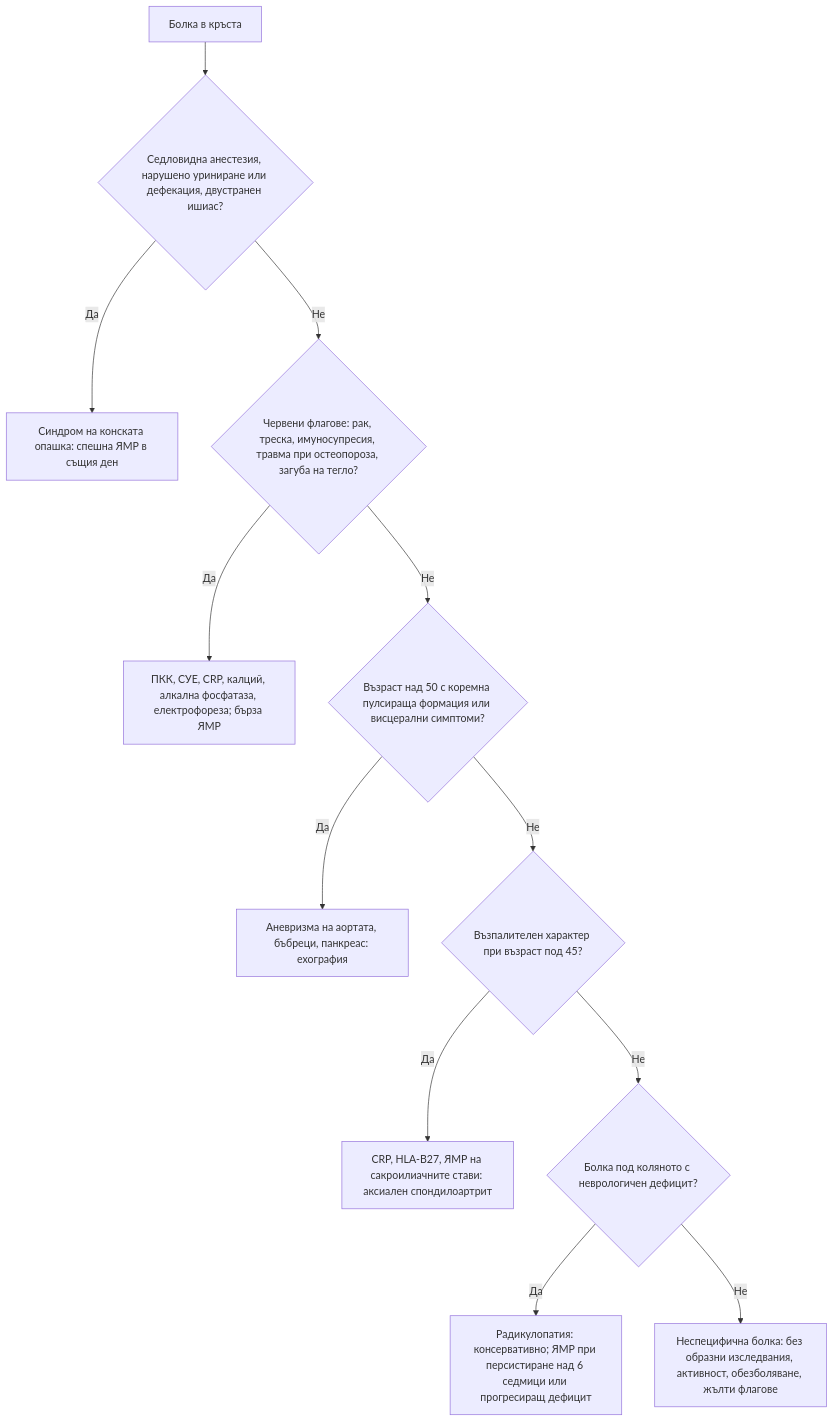
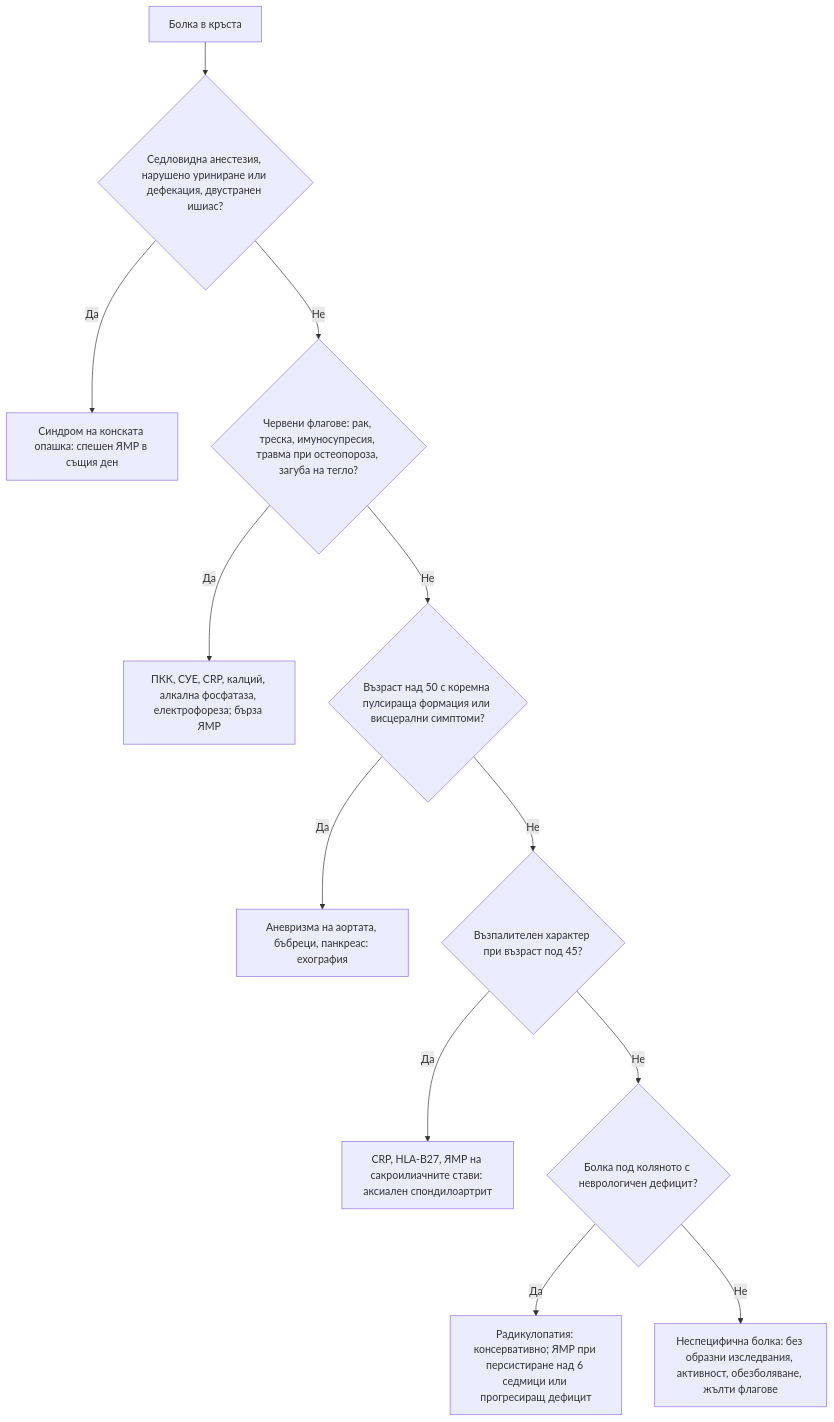
One commit to yancho26/yancho changed the diagram in glavi/49-bolka-v-garba.md. Above: the diagram before and after it, drawn with Mermaid. The commit also changed other lines of this file and 2 other files, not shown here.

````diff
--- a/glavi/49-bolka-v-garba.md
+++ b/glavi/49-bolka-v-garba.md
@@ -200,16 +200,16 @@
 ```mermaid
 flowchart TD
     accTitle: Диагностичен алгоритъм: болка в гърба
     accDescr: Блок-схема. Начало: Болка в кръста. Въпроси: Седловидна анестезия, нарушено уриниране или дефекация, двустранен ишиас? · Червени флагове: рак, треска, имуносупресия, травма при остеопороза, загуба на тегло? · Възраст над 50 с коремна пулсираща формация или висцерални симптоми? · Възпалителен характер при възраст под 45? · Болка под коляното с неврологичен дефицит? Пълното текстово описание е под схемата.
     A["Болка в кръста"] --> B{"Седловидна анестезия, нарушено уриниране или дефекация, двустранен ишиас?"}
-    B -->|Да| C["Синдром на конската опашка: спешна ЯМР в същия ден"]
+    B -->|Да| C["Синдром на конската опашка: спешен ЯМР в същия ден"]
     B -->|Не| D{"Червени флагове: рак, треска, имуносупресия, травма при остеопороза, загуба на тегло?"}
     D -->|Да| E["ПКК, СУЕ, CRP, калций, алкална фосфатаза, електрофореза; бърза ЯМР"]
     D -->|Не| F{"Възраст над 50 с коремна пулсираща формация или висцерални симптоми?"}
     F -->|Да| G["Аневризма на аортата, бъбреци, панкреас: ехография"]
     F -->|Не| H{"Възпалителен характер при възраст под 45?"}
     H -->|Да| I["CRP, HLA-B27, ЯМР на сакроилиачните стави: аксиален спондилоартрит"]
     H -->|Не| J{"Болка под коляното с неврологичен дефицит?"}
     J -->|Да| K["Радикулопатия: консервативно; ЯМР при персистиране над 6 седмици или прогресиращ дефицит"]
     J -->|Не| L["Неспецифична болка: без образни изследвания, активност, обезболяване, жълти флагове"]
 ```
````
